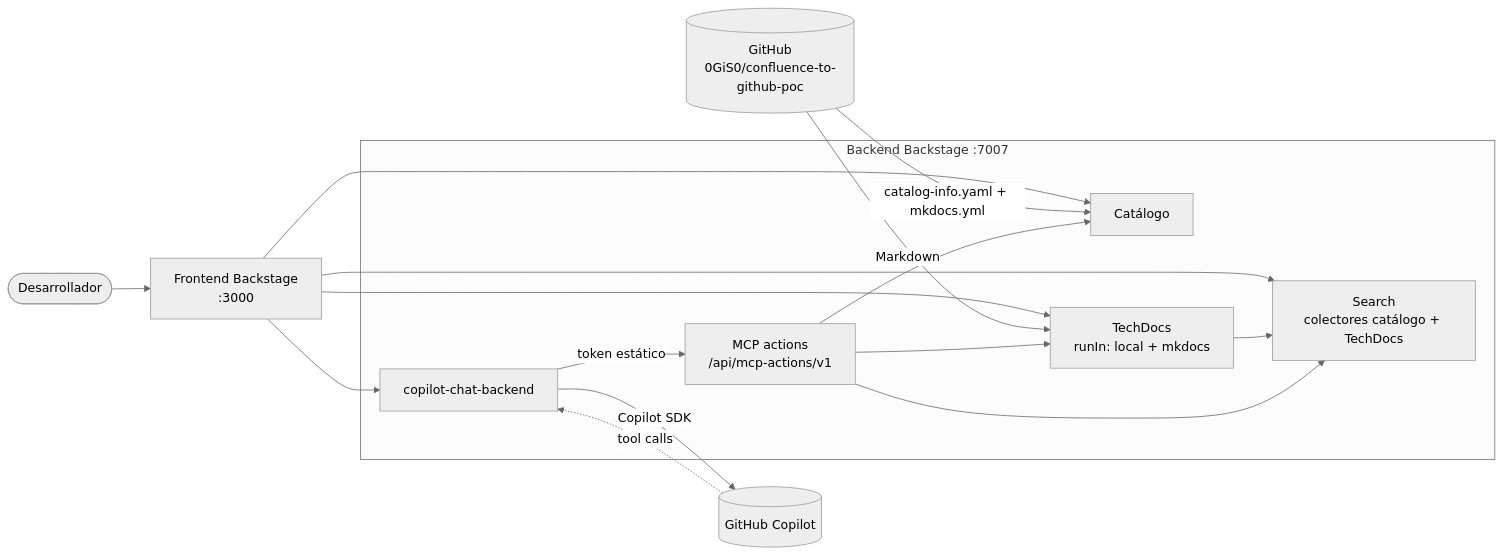
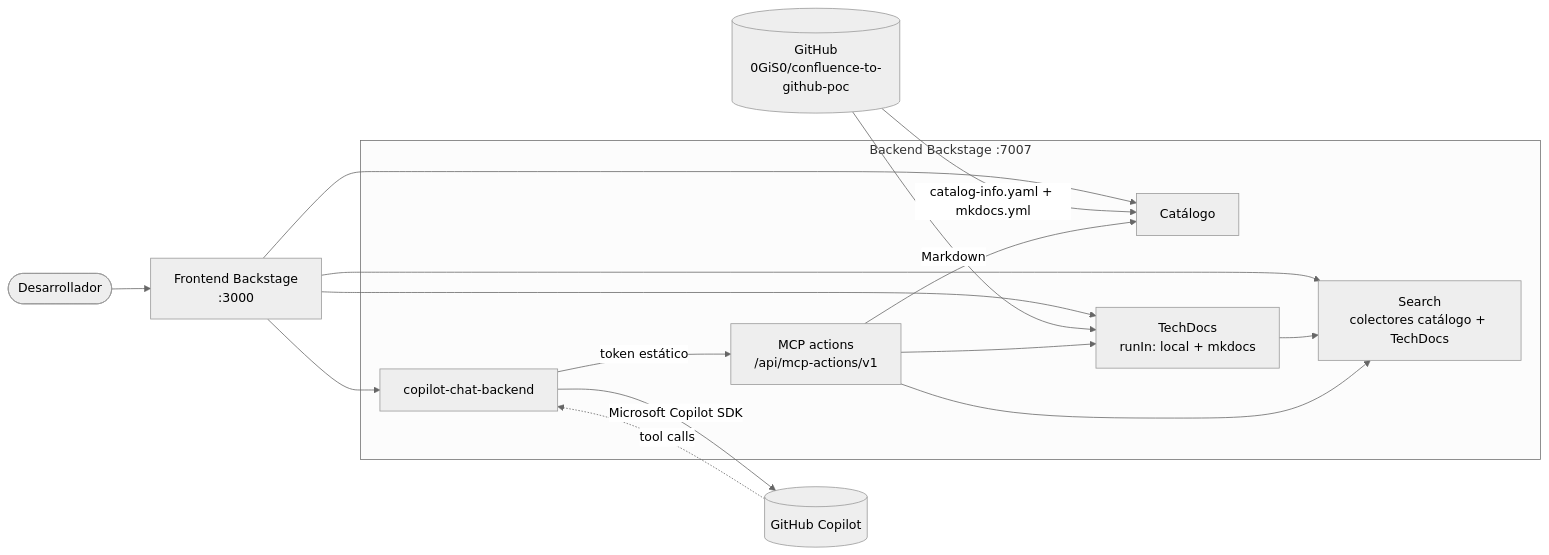
One commit to 0GiS0/backstage-copilot-docs-poc changed the diagram in README.md. Above: the diagram before and after it, drawn with Mermaid (neutral theme). The commit also changed other lines of this file and 1 other file, not shown here.

First line of the commit message:
docs: refer to the Microsoft Copilot SDK (formerly GitHub Copilot SDK)

````diff
--- a/README.md
+++ b/README.md
@@ -11,24 +14,24 @@
 ```mermaid
 flowchart LR
   user([Desarrollador]) --> app[Frontend Backstage<br/>:3000]
   app --> catalog
   app --> techdocs
   app --> search
   app --> chat
   subgraph be[Backend Backstage :7007]
     catalog[Catálogo]
     techdocs[TechDocs<br/>runIn: local + mkdocs]
     search[Search<br/>colectores catálogo + TechDocs]
     mcp[MCP actions<br/>/api/mcp-actions/v1]
     chat[copilot-chat-backend]
   end
   docs[(GitHub<br/>0GiS0/confluence-to-github-poc)] -- catalog-info.yaml + mkdocs.yml --> catalog
   docs -- Markdown --> techdocs
   techdocs --> search
-  chat -- Copilot SDK --> copilot[(GitHub Copilot)]
+  chat -- Microsoft Copilot SDK --> copilot[(GitHub Copilot)]
   copilot -. tool calls .-> chat
   chat -- token estático --> mcp
   mcp --> search
   mcp --> catalog
   mcp --> techdocs
 ```
````
